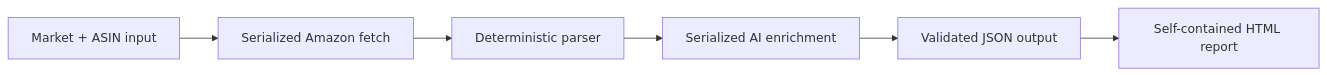
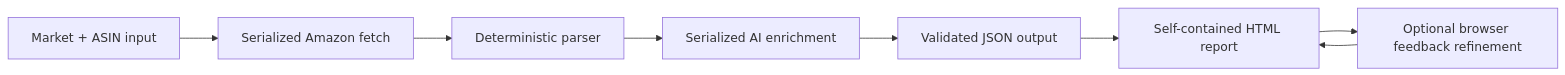
The diagram in README.md (christycap/review-genius), drawn with Mermaid before and after one commit. The commit also changed other lines of this file and 7 other files, not shown here.

````diff
--- a/README.md
+++ b/README.md
@@ -27,8 +28,10 @@
 ```mermaid
 flowchart LR
     A[Market + ASIN input] --> B[Serialized Amazon fetch]
     B --> C[Deterministic parser]
     C --> D[Serialized AI enrichment]
     D --> E[Validated JSON output]
     E --> F[Self-contained HTML report]
+    F --> G[Optional browser feedback refinement]
+    G --> F
 ```
````
